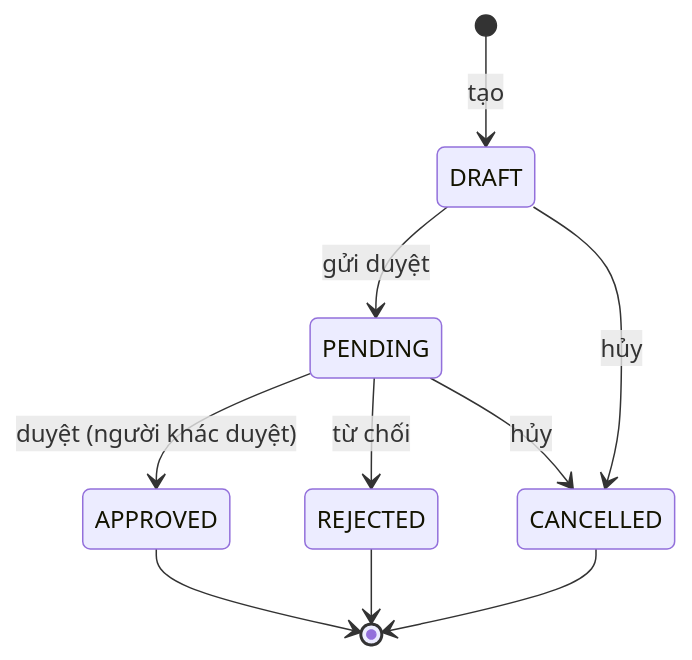
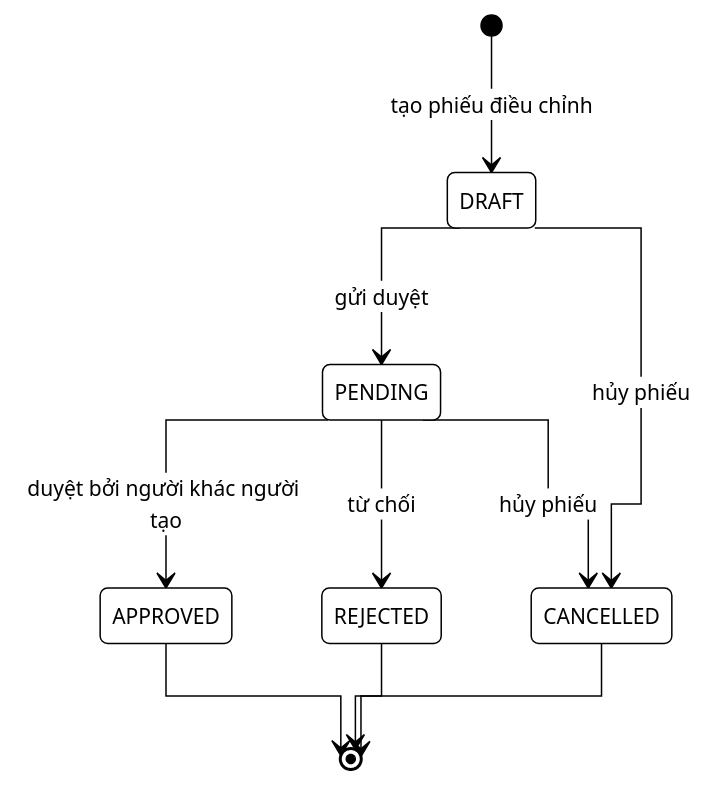
The sixth of 54 diagrams in THIET_KE_HE_THONG.md (nguyenthihongnhu-dotcom/luanvan2026), drawn with Mermaid before and after one commit. The commit also changed other lines of this file and 170 other files, not shown here.

````diff
--- a/THIET_KE_HE_THONG.md
+++ b/THIET_KE_HE_THONG.md
@@ -134,12 +272,37 @@
 ```mermaid
+%%{init: {
+  'theme': 'base',
+  'themeVariables': {
+    'primaryColor': '#ffffff',
+    'primaryBorderColor': '#000000',
+    'primaryTextColor': '#000000',
+    'secondaryColor': '#ffffff',
+    'secondaryBorderColor': '#000000',
+    'secondaryTextColor': '#000000',
+    'tertiaryColor': '#ffffff',
+    'tertiaryBorderColor': '#000000',
+    'tertiaryTextColor': '#000000',
+    'lineColor': '#000000',
+    'textColor': '#000000',
+    'mainBkg': '#ffffff',
+    'nodeBorder': '#000000',
+    'clusterBkg': '#ffffff',
+    'clusterBorder': '#000000',
+    'edgeLabelBackground': '#ffffff',
+    'fontSize': '14px',
+    'labelBackgroundColor': '#ffffff'
+  },
+  'flowchart': { 'curve': 'stepAfter', 'nodeSpacing': 60, 'rankSpacing': 70, 'padding': 12 },
+  'state': { 'padding': 12, 'useMaxWidth': false }
+}}%%
 stateDiagram-v2
-    [*] --> DRAFT: tạo
+    [*] --> DRAFT: tạo phiếu điều chỉnh
     DRAFT --> PENDING: gửi duyệt
-    PENDING --> APPROVED: duyệt (người khác duyệt)
+    DRAFT --> CANCELLED: hủy phiếu
+    PENDING --> APPROVED: duyệt bởi người khác người tạo
     PENDING --> REJECTED: từ chối
-    DRAFT --> CANCELLED: hủy
-    PENDING --> CANCELLED: hủy
+    PENDING --> CANCELLED: hủy phiếu
     APPROVED --> [*]
     REJECTED --> [*]
     CANCELLED --> [*]
 ```
````
